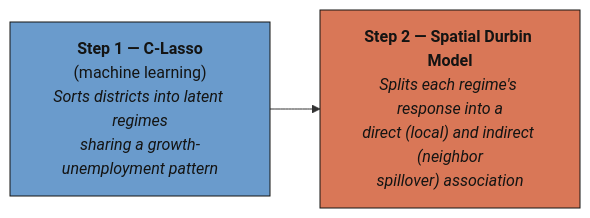
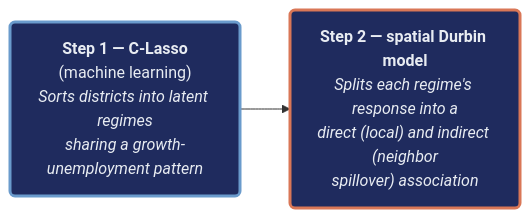
The diagram in content/publication/20260528-EM/index.md (cmg777/starter-academic-v501), drawn with Mermaid before and after one commit. The commit also changed 10 other files, not shown here.

First line of the commit message:
content(mermaid): restyle flowcharts in Stata posts (batch 2 of 2) and the EM publication (EN/ES/JA); add log

````diff
--- a/content/publication/20260528-EM/index.md
+++ b/content/publication/20260528-EM/index.md
@@ -98,10 +98,11 @@
 ```mermaid
 graph LR
-    A["<b>Step 1 — C-Lasso</b><br/>(machine learning)<br/><i>Sorts districts into latent regimes<br/>sharing a growth-unemployment pattern</i>"]
-    B["<b>Step 2 — Spatial Durbin Model</b><br/><i>Splits each regime's response into a<br/>direct (local) and indirect (neighbor<br/>spillover) association</i>"]
+    A("<b>Step 1 — C-Lasso</b><br/>(machine learning)<br/><i>Sorts districts into latent regimes<br/>sharing a growth-unemployment pattern</i>")
+    B("<b>Step 2 — spatial Durbin model</b><br/><i>Splits each regime's response into a<br/>direct (local) and indirect (neighbor<br/>spillover) association</i>")
 
     A --> B
-
-    style A fill:#6a9bcc,stroke:#141413,color:#141413
-    style B fill:#d97757,stroke:#141413,color:#141413
+    classDef blue fill:#1f2b5e,stroke:#6a9bcc,stroke-width:3px,color:#e8ecf2
+    classDef orange fill:#1f2b5e,stroke:#d97757,stroke-width:3px,color:#e8ecf2
+    class A blue
+    class B orange
 ```
````
